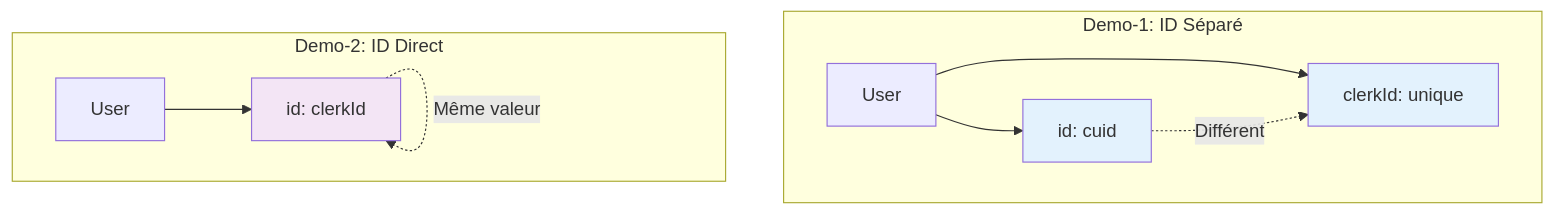
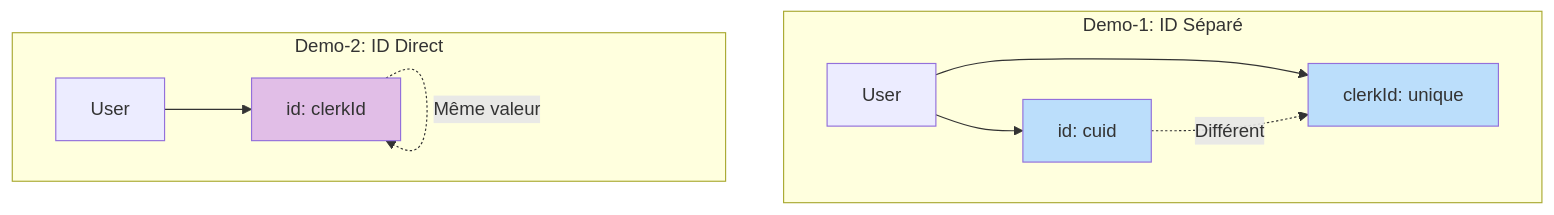
Diagram 13 of 39 in 02-DIAGRAMMES_ARCHITECTURES.md (inskillflow/auths-1-NEXTJS-introduction), drawn with Mermaid before and after one commit. The commit also changed other lines of this file, not shown here.

````diff
--- a/02-DIAGRAMMES_ARCHITECTURES.md
+++ b/02-DIAGRAMMES_ARCHITECTURES.md
@@ -418,17 +418,17 @@
 ```mermaid
 graph TB
     subgraph "Demo-1: ID Séparé"
         A1[User] --> B1[id: cuid]
         A1 --> C1[clerkId: unique]
         B1 -.->|Différent| C1
     end
     
     subgraph "Demo-2: ID Direct"
         A2[User] --> B2[id: clerkId]
         B2 -.->|Même valeur| B2
     end
     
-    style B1 fill:#e3f2fd
-    style C1 fill:#e3f2fd
-    style B2 fill:#f3e5f5
+    style B1 fill:#bbdefb
+    style C1 fill:#bbdefb
+    style B2 fill:#e1bee7
 ```
````
